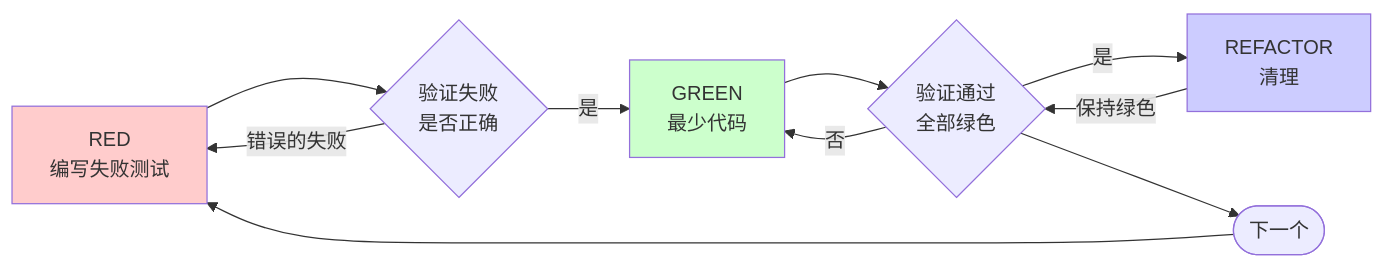
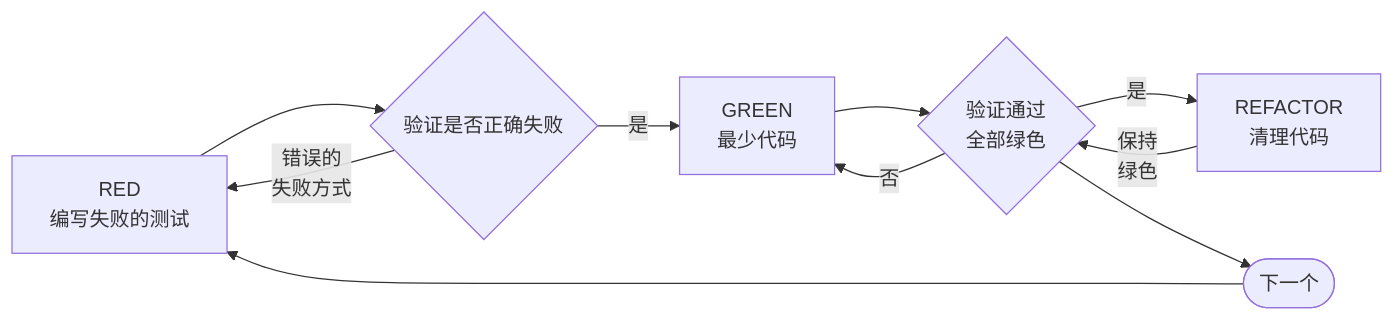
Before and after one commit to zhliner/aiTips: the diagram in superpowers/skills/test-driven-development/SKILL_cn.md, drawn with Mermaid. The commit also changed other lines of this file and 35 other files, not shown here.

````diff
--- a/superpowers/skills/test-driven-development/SKILL_cn.md
+++ b/superpowers/skills/test-driven-development/SKILL_cn.md
@@ -50,23 +49,19 @@
 ```mermaid
-flowchart LR
-    A[RED<br/>编写失败测试]
-    B{验证失败<br/>是否正确}
-    C[GREEN<br/>最少代码]
-    D{验证通过<br/>全部绿色}
-    E[REFACTOR<br/>清理]
-    F([下一个])
+graph LR
+    red["RED<br/>编写失败的测试"]
+    verify_red{"验证是否正确失败"}
+    green["GREEN<br/>最少代码"]
+    verify_green{"验证通过<br/>全部绿色"}
+    refactor["REFACTOR<br/>清理代码"]
+    next(["下一个"])
 
-    A --> B
-    B -->|是| C
-    B -->|错误的失败| A
-    C --> D
-    D -->|是| E
-    D -->|否| C
-    E -->|保持绿色| D
-    D --> F
-    F --> A
-
-    style A fill:#ffcccc
-    style C fill:#ccffcc
-    style E fill:#ccccff
+    red --> verify_red
+    verify_red -->|是| green
+    verify_red -->|"错误的<br/>失败方式"| red
+    green --> verify_green
+    verify_green -->|是| refactor
+    verify_green -->|否| green
+    refactor -->|"保持<br/>绿色"| verify_green
+    verify_green --> next
+    next --> red
 ```
````
